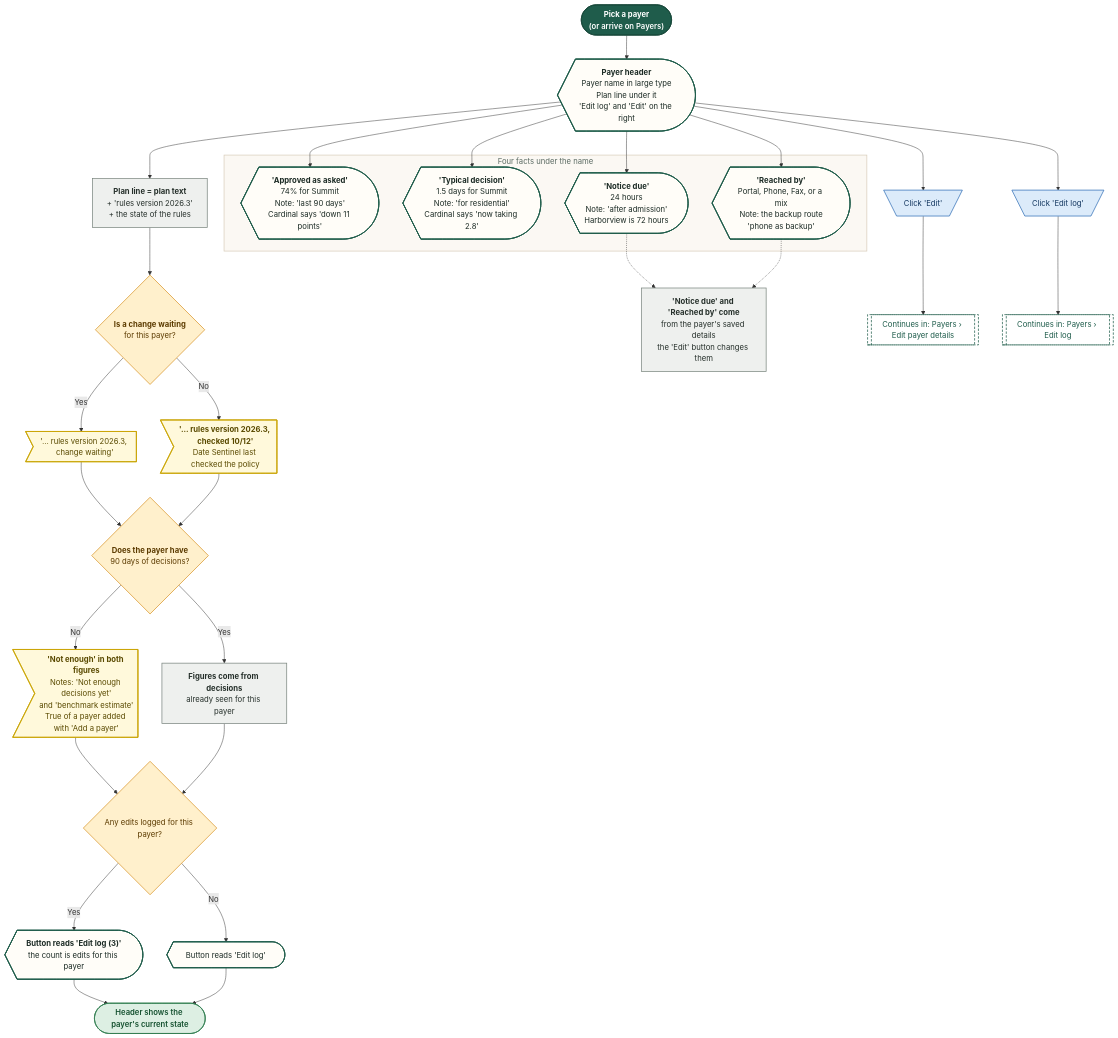
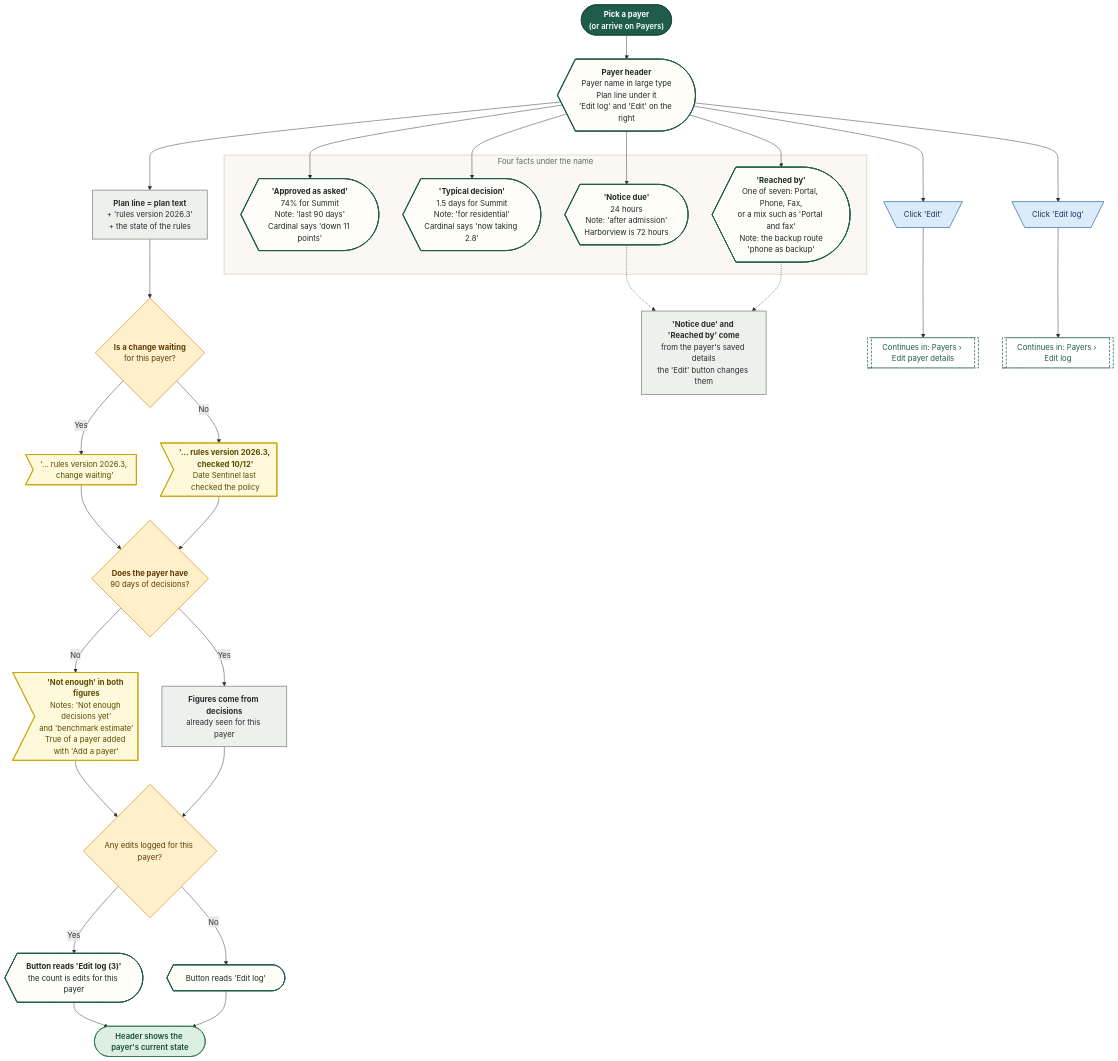
One commit to Shrav143/psyfloapp changed the third of 25 diagrams in demos/prior-auth-demo/workflows/out/md/10-payers.md. Above: the diagram before and after it, drawn with Mermaid. The commit also changed other lines of this file and 195 other files, not shown here.

First line of the commit message:
docs: Rebuild workflow diagrams after the demo fixes (220 diagrams)

````diff
--- a/demos/prior-auth-demo/workflows/out/md/10-payers.md
+++ b/demos/prior-auth-demo/workflows/out/md/10-payers.md
@@ -176,65 +176,65 @@
 ```mermaid
 %%{init: {"theme":"base","themeVariables":{"fontFamily":"'DM Sans', 'Segoe UI', system-ui, sans-serif","fontSize":"15px","lineColor":"#5B6B63","primaryTextColor":"#1C2B25","clusterBkg":"#FBF8F3","clusterBorder":"#D9CDBB","edgeLabelBackground":"#FFFFFF"},"flowchart":{"curve":"basis","nodeSpacing":36,"rankSpacing":48,"padding":12,"htmlLabels":true,"useMaxWidth":false,"wrappingWidth":230}} }%%
 flowchart TD
   classDef k_start fill:#1F5C4B,stroke:#174638,color:#FFFFFF,stroke-width:1.5px,font-weight:600
   classDef k_end fill:#DDEFE3,stroke:#2E7D4F,color:#14502F,stroke-width:1.5px,font-weight:600
   classDef k_endx fill:#FBE3E0,stroke:#C0392B,color:#7A1F16,stroke-width:1.5px,font-weight:600
   classDef k_screen fill:#FFFDF8,stroke:#1F5C4B,color:#1C2B25,stroke-width:2px
   classDef k_overlay fill:#F1F7F3,stroke:#1F5C4B,color:#1C2B25,stroke-width:2px,stroke-dasharray:5 3
   classDef k_click fill:#DCEBFA,stroke:#2F6DB5,color:#12365F,stroke-width:1.5px
   classDef k_input fill:#E4E7FF,stroke:#4C5FD5,color:#1D2670,stroke-width:1.5px
   classDef k_process fill:#EEF0EE,stroke:#7A857F,color:#26302B,stroke-width:1.5px
   classDef k_agent fill:#EEE5FA,stroke:#7A4FC2,color:#341A63,stroke-width:1.5px
   classDef k_decision fill:#FFF0CC,stroke:#D9962B,color:#5C3B00,stroke-width:1.5px
   classDef k_store fill:#D5F0EA,stroke:#1C8E7B,color:#0B4A3F,stroke-width:1.5px
   classDef k_doc fill:#F6E9DC,stroke:#B07A4C,color:#4A2E14,stroke-width:1.5px
   classDef k_ext fill:#FFE6D2,stroke:#E07B39,color:#6B2F06,stroke-width:1.5px
   classDef k_wait fill:#E4E8EE,stroke:#6B7C93,color:#26303D,stroke-width:1.5px
   classDef k_toast fill:#FFF9DB,stroke:#C9A400,color:#5A4A00,stroke-width:1.5px
   classDef k_goto fill:#FFFFFF,stroke:#1F5C4B,color:#1F5C4B,stroke-width:1.5px,stroke-dasharray:5 3
   s1@{ shape: stadium, label: "<b>Pick a payer</b><br/>(or arrive on Payers)" }
   head@{ shape: curv-trap, label: "<b>Payer header</b><br/>Payer name in large type<br/>Plan line under it<br/>'Edit log' and 'Edit' on the right" }
   plan@{ shape: rect, label: "<b>Plan line = plan text</b><br/>+ 'rules version 2026.3'<br/>+ the state of the rules" }
   pend@{ shape: diam, label: "<b>Is a change waiting</b><br/>for this payer?" }
   waiting@{ shape: odd, label: "'... rules version 2026.3, change waiting'" }
   checked@{ shape: odd, label: "<b>'... rules version 2026.3, checked 10/12'</b><br/>Date Sentinel last checked the policy" }
   subgraph gF ["Four facts under the name"]
   f1@{ shape: curv-trap, label: "<b>'Approved as asked'</b><br/>74% for Summit<br/>Note: 'last 90 days'<br/>Cardinal says 'down 11 points'" }
   f2@{ shape: curv-trap, label: "<b>'Typical decision'</b><br/>1.5 days for Summit<br/>Note: 'for residential'<br/>Cardinal says 'now taking 2.8'" }
   f3@{ shape: curv-trap, label: "<b>'Notice due'</b><br/>24 hours<br/>Note: 'after admission'<br/>Harborview is 72 hours" }
-  f4@{ shape: curv-trap, label: "<b>'Reached by'</b><br/>Portal, Phone, Fax, or a mix<br/>Note: the backup route<br/>'phone as backup'" }
+  f4@{ shape: curv-trap, label: "<b>'Reached by'</b><br/>One of seven: Portal, Phone, Fax,<br/>or a mix such as 'Portal and fax'<br/>Note: the backup route<br/>'phone as backup'" }
   end
   hist@{ shape: diam, label: "<b>Does the payer have</b><br/>90 days of decisions?" }
   few@{ shape: odd, label: "<b>'Not enough' in both figures</b><br/>Notes: 'Not enough decisions yet'<br/>and 'benchmark estimate'<br/>True of a payer added with 'Add a payer'" }
   real@{ shape: rect, label: "<b>Figures come from decisions</b><br/>already seen for this payer" }
   cfg@{ shape: rect, label: "<b>'Notice due' and 'Reached by' come</b><br/>from the payer's saved details<br/>the 'Edit' button changes them" }
   logn@{ shape: diam, label: "Any edits logged for this payer?" }
   logb1@{ shape: curv-trap, label: "<b>Button reads 'Edit log (3)'</b><br/>the count is edits for this payer" }
   logb0@{ shape: curv-trap, label: "Button reads 'Edit log'" }
   ce@{ shape: trap-t, label: "Click 'Edit'" }
   cl@{ shape: trap-t, label: "Click 'Edit log'" }
   g_edit@{ shape: subproc, label: "Continues in: Payers › Edit payer details" }
   g_log@{ shape: subproc, label: "Continues in: Payers › Edit log" }
   e1@{ shape: stadium, label: "Header shows the payer's current state" }
   s1 --> head --> plan --> pend
   pend -->|"Yes"| waiting --> hist
   pend -->|"No"| checked --> hist
   head --> f1 & f2 & f3 & f4
   hist -->|"No"| few --> logn
   hist -->|"Yes"| real --> logn
   f3 -.-> cfg
   f4 -.-> cfg
   logn -->|"Yes"| logb1 --> e1
   logn -->|"No"| logb0 --> e1
   head --> ce --> g_edit
   head --> cl --> g_log
   class s1 k_start
   class head,f1,f2,f3,f4,logb1,logb0 k_screen
   class plan,real,cfg k_process
   class pend,hist,logn k_decision
   class waiting,checked,few k_toast
   class ce,cl k_click
   class g_edit,g_log k_goto
   class e1 k_end
   style gF fill:#FBF8F3,stroke:#D9CDBB,stroke-width:1.5px,color:#5B6B63
 ```
````
